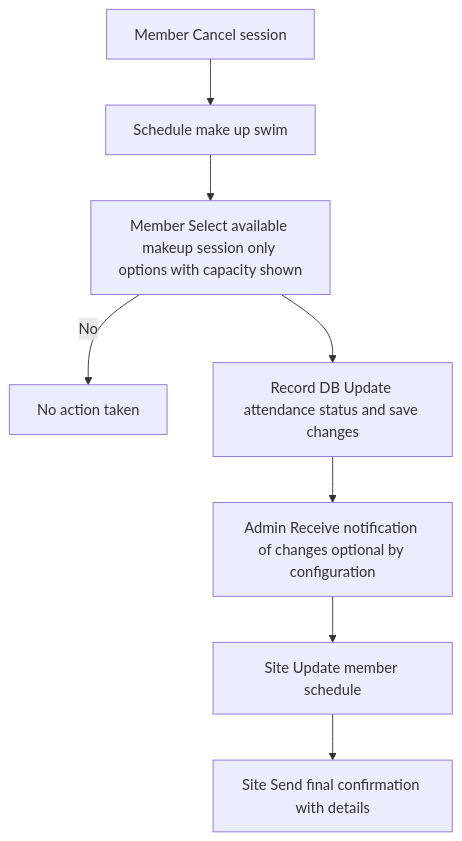
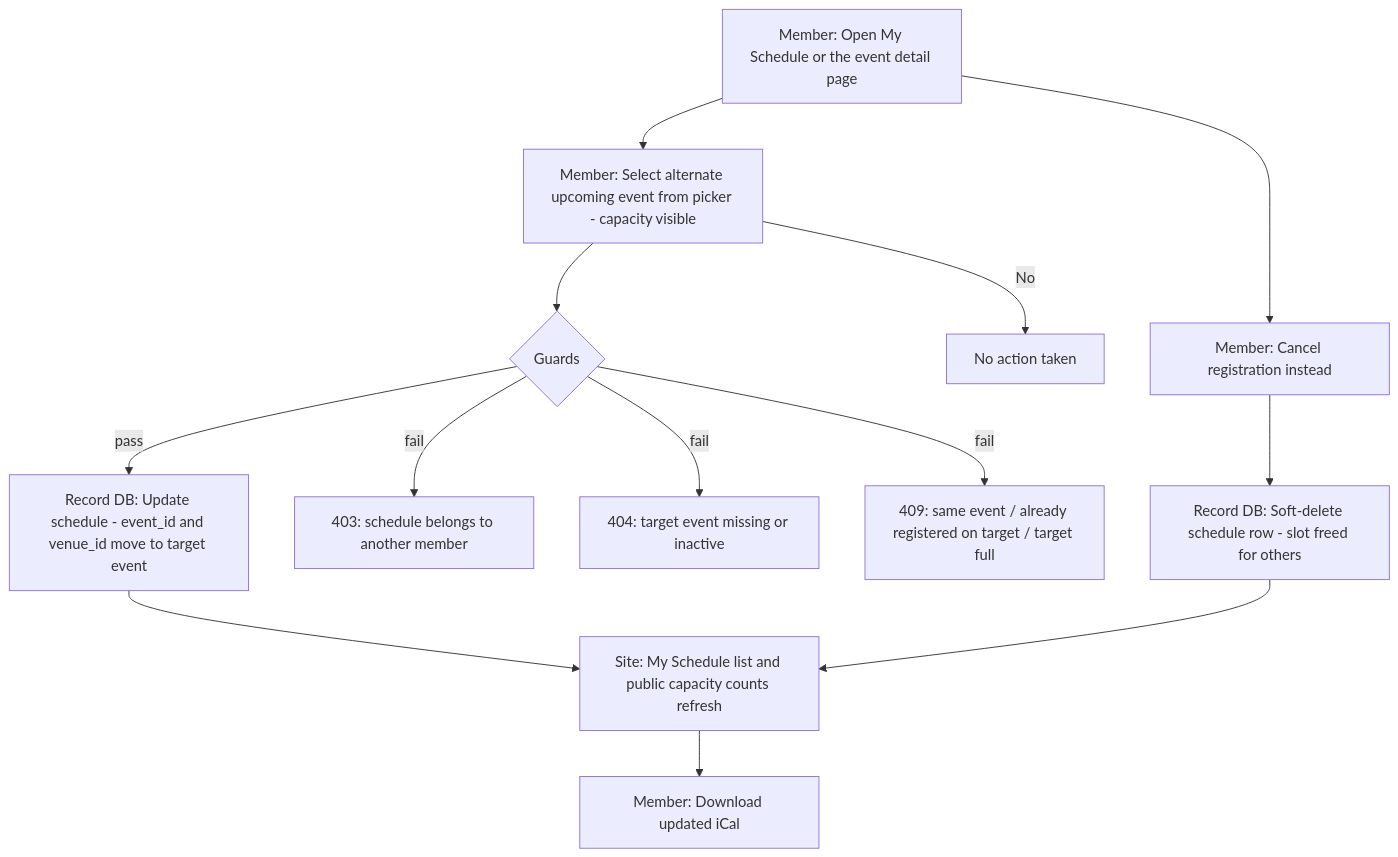
The diagram in docs/flow/new-reschedule.mmd (pbaletkeman/swimlane), drawn with Mermaid before and after one commit. The commit also changed 14 other files, not shown here.

First line of the commit message:
test: full-surface verification, docs sync, and regression tests (Phase J) (#38)

```diff
--- a/docs/flow/new-reschedule.mmd
+++ b/docs/flow/new-reschedule.mmd
@@ -1,19 +1,36 @@
 flowchart TD
 
-    %% MEMBER ACTIONS
-    A[Member Cancel session]
-    B[Schedule make up swim]
-    C[Member Select available makeup session only options with capacity shown]
-    H[No action taken]
+    %% ENTRY POINTS (Phases C/D)
+    A[Member: Open My Schedule or the event detail page]
+    B[Member: Select alternate upcoming event from picker - capacity visible]
 
-    %% DATABASE UPDATES
-    D[Record DB Update attendance status and save changes]
-    E[Admin Receive notification of changes optional by configuration]
-    F[Site Update member schedule]
+    A --> B
 
-    %% FINAL OUTPUT
-    G[Site Send final confirmation with details]
+    %% RESCHEDULE GUARDS (Phase C.7)
+    C{Guards}
+    D[403: schedule belongs to another member]
+    E[404: target event missing or inactive]
+    F[409: same event / already registered on target / target full]
 
-    %% FLOW
-    A --> B --> C --> D --> E --> F --> G
-    C -->|No| H
+    B --> C
+    C -->|pass| G[Record DB: Update schedule - event_id and venue_id move to target event]
+    C -->|fail| D
+    C -->|fail| E
+    C -->|fail| F
+
+    %% ALTERNATIVE: CANCEL (Phase D)
+    H[Member: Cancel registration instead]
+    I[Record DB: Soft-delete schedule row - slot freed for others]
+
+    A --> H --> I
+
+    %% OUTPUT
+    J[Site: My Schedule list and public capacity counts refresh]
+    K[Member: Download updated iCal]
+
+    G --> J
+    I --> J
+    J --> K
+
+    L[No action taken]
+    B -->|No| L
```
